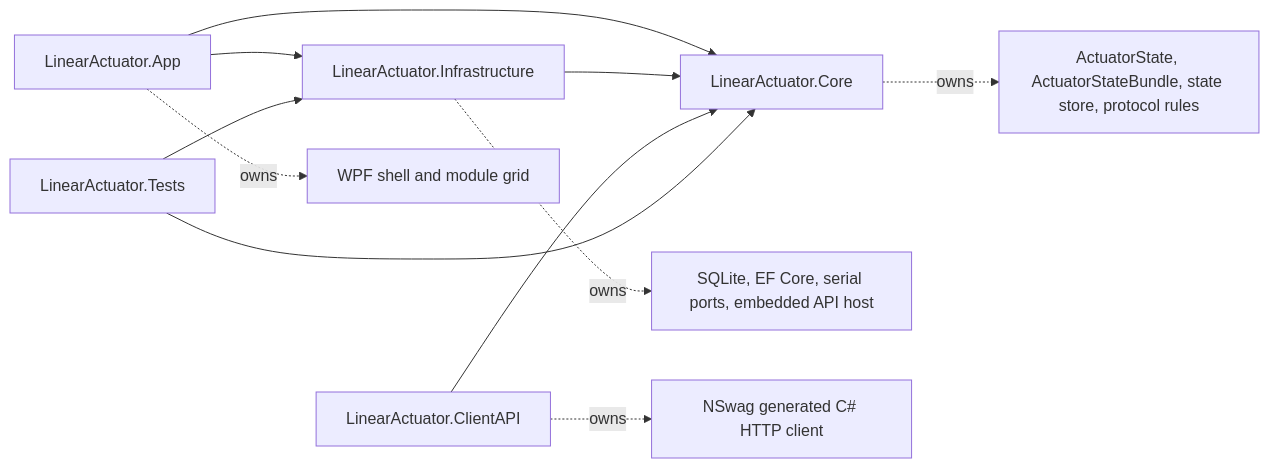
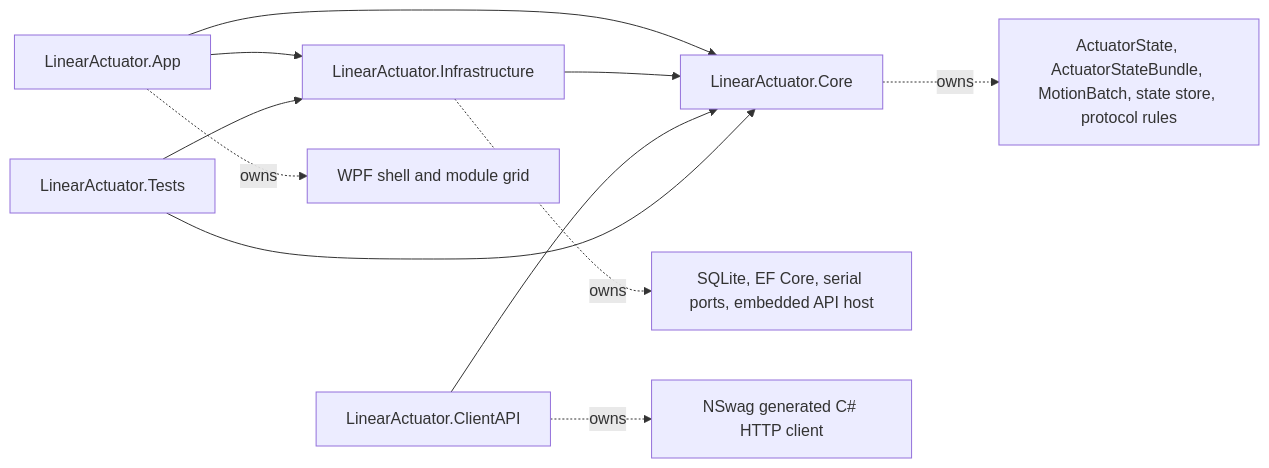
The second of 9 diagrams in linear_actuator/SYSTEM_DIAGRAM.md (Arastookhajehee/linear_actuator_dev), drawn with Mermaid before and after one commit. The commit also changed other lines of this file, not shown here.

Commit message:
Document current actuator rewrite state

````diff
--- a/linear_actuator/SYSTEM_DIAGRAM.md
+++ b/linear_actuator/SYSTEM_DIAGRAM.md
@@ -50,20 +52,20 @@
 ```mermaid
 flowchart LR
     app[LinearActuator.App]
     core[LinearActuator.Core]
     infra[LinearActuator.Infrastructure]
     clientApi[LinearActuator.ClientAPI]
     tests[LinearActuator.Tests]
 
     app --> core
     app --> infra
     infra --> core
     clientApi --> core
     tests --> core
     tests --> infra
 
     app -. owns .-> wpf[WPF shell and module grid]
-    core -. owns .-> domain[ActuatorState, ActuatorStateBundle, state store, protocol rules]
+    core -. owns .-> domain[ActuatorState, ActuatorStateBundle, MotionBatch, state store, protocol rules]
     infra -. owns .-> adapters[SQLite, EF Core, serial ports, embedded API host]
     clientApi -. owns .-> generated[NSwag generated C# HTTP client]
 ```
````
